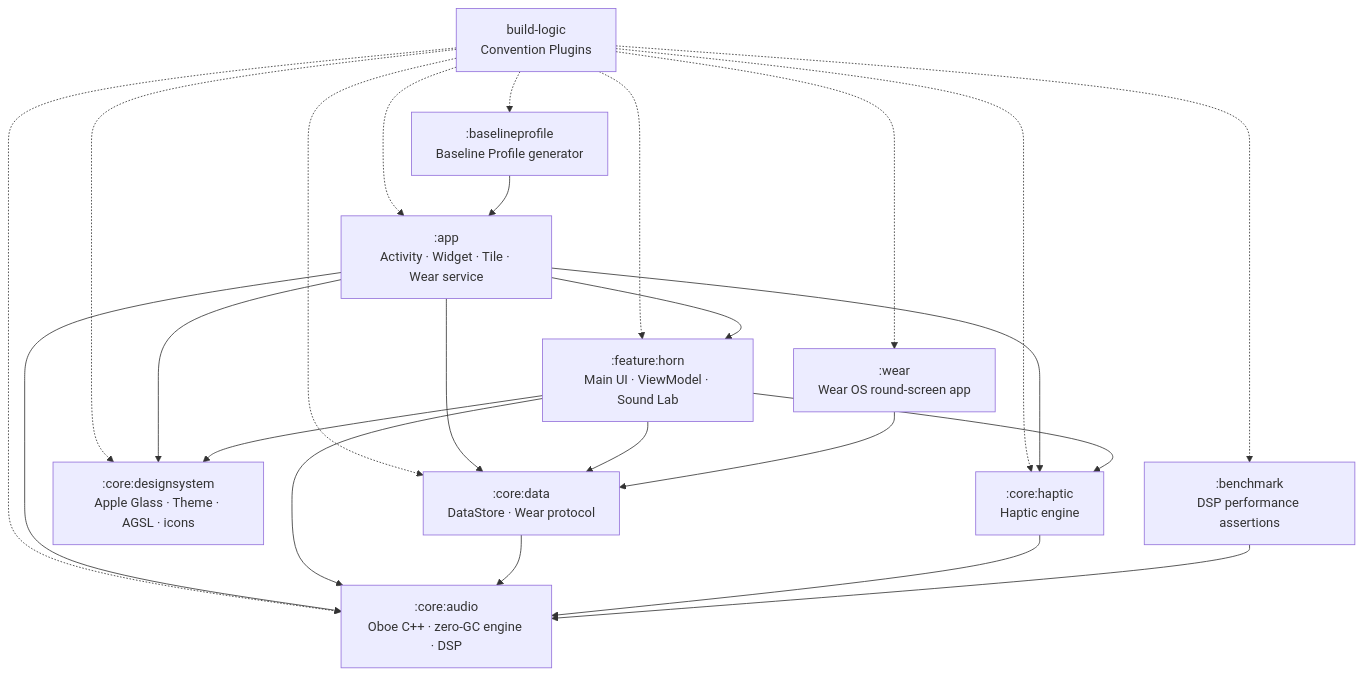
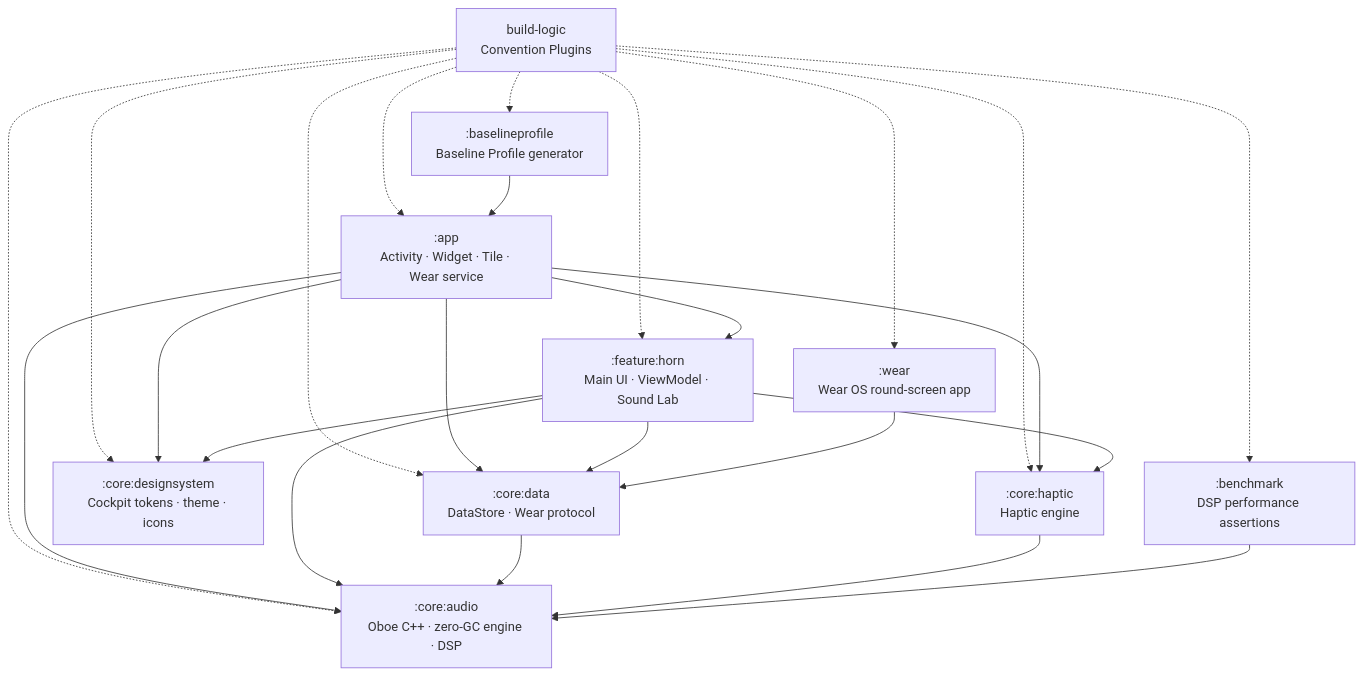
The first of 2 diagrams in README_EN.md (424635328/Horn), drawn with Mermaid before and after one commit. The commit also changed other lines of this file and 15 other files, not shown here.

````diff
--- a/README_EN.md
+++ b/README_EN.md
@@ -96,22 +102,22 @@
 ```mermaid
 graph TD
     BL["build-logic<br/>Convention Plugins"]
     APP[":app<br/>Activity · Widget · Tile · Wear service"]
     WEAR[":wear<br/>Wear OS round-screen app"]
     FH[":feature:horn<br/>Main UI · ViewModel · Sound Lab"]
     CA[":core:audio<br/>Oboe C++ · zero-GC engine · DSP"]
     CD[":core:data<br/>DataStore · Wear protocol"]
     CH[":core:haptic<br/>Haptic engine"]
-    DS[":core:designsystem<br/>Apple Glass · Theme · AGSL · icons"]
+    DS[":core:designsystem<br/>Cockpit tokens · theme · icons"]
     BM[":benchmark<br/>DSP performance assertions"]
     BP[":baselineprofile<br/>Baseline Profile generator"]
 
     BL -.-> APP & WEAR & FH & CA & CD & CH & DS & BM & BP
     APP --> FH & CA & CD & CH & DS
     FH --> CA & CD & CH & DS
     CD --> CA
     CH --> CA
     WEAR --> CD
     BM --> CA
     BP --> APP
 ```
````
